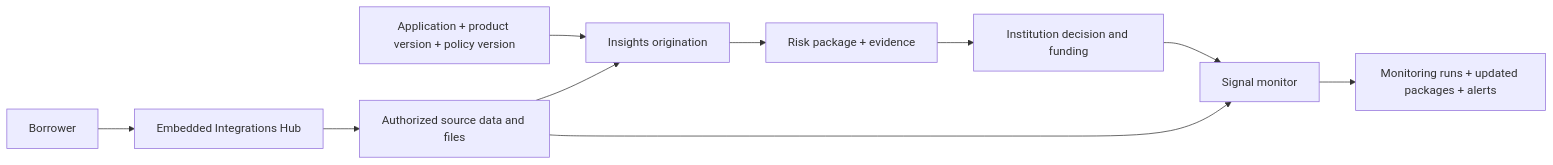
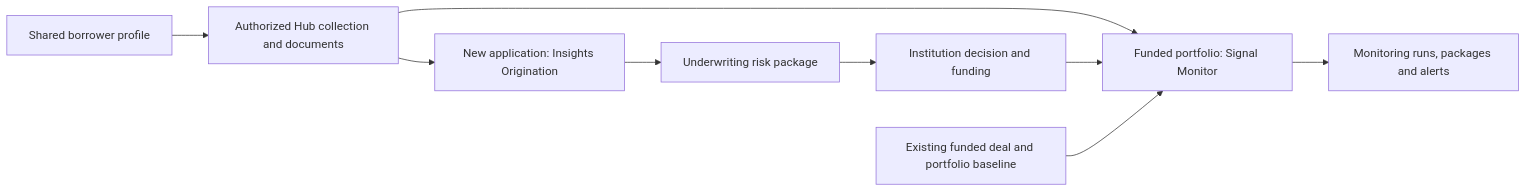
Before and after one commit to amloktech/docs: the diagram in api-reference/overview.mdx, drawn with Mermaid. The commit also changed other lines of this file and 60 other files, not shown here.

Commit message:
Document shared borrower lifecycle, participant evidence and independent product workflows

````diff
--- a/api-reference/overview.mdx
+++ b/api-reference/overview.mdx
@@ -14,12 +14,11 @@
 ```mermaid
 flowchart LR
-    B[Borrower] --> H[Embedded Integrations Hub]
-    H --> E[Authorized source data and files]
-    A[Application + product version + policy version] --> I[Insights origination]
-    E --> I
-    I --> R[Risk package + evidence]
+    B[Shared borrower profile] --> H[Authorized Hub collection and documents]
+    H --> I[New application: Insights Origination]
+    H --> S[Funded portfolio: Signal Monitor]
+    I --> R[Underwriting risk package]
     R --> D[Institution decision and funding]
-    D --> S[Signal monitor]
-    E --> S
-    S --> N[Monitoring runs + updated packages + alerts]
+    D --> S
+    P[Existing funded deal and portfolio baseline] --> S
+    S --> M[Monitoring runs, packages and alerts]
 ```
````
